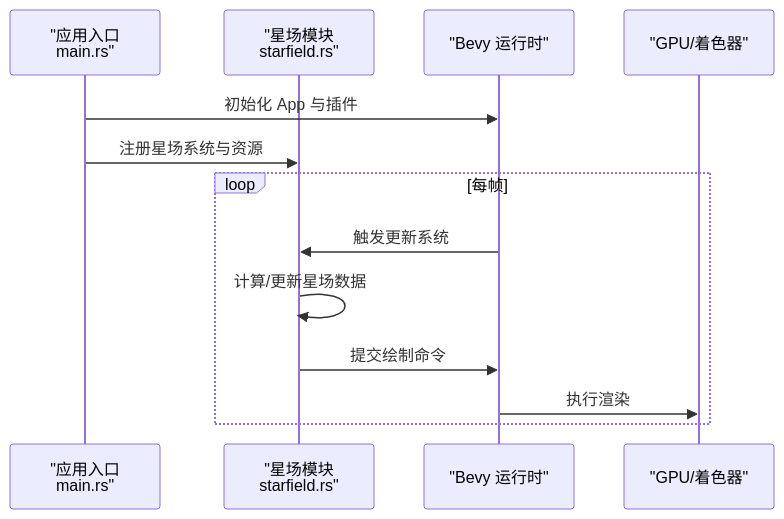
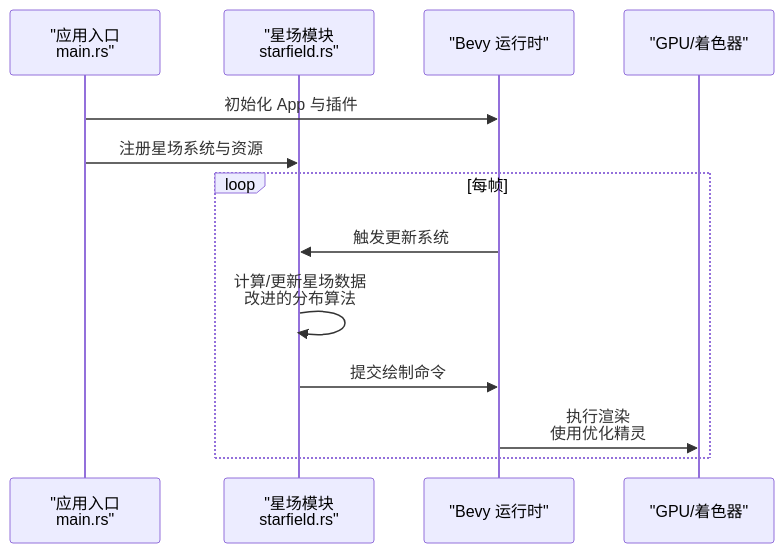
Before and after one commit to rzhangjing/cesium: the second of 5 diagrams in .qoder/repowiki/zh/content/项目概述/核心特性/3D渲染引擎/特效与后处理系统/星场渲染器.md, drawn with Mermaid. The commit also changed other lines of this file and 24 other files, not shown here.

````diff
--- a/.qoder/repowiki/zh/content/项目概述/核心特性/3D渲染引擎/特效与后处理系统/星场渲染器.md
+++ b/.qoder/repowiki/zh/content/项目概述/核心特性/3D渲染引擎/特效与后处理系统/星场渲染器.md
@@ -66,15 +75,15 @@
 ```mermaid
 sequenceDiagram
 participant Main as "应用入口<br/>main.rs"
 participant Star as "星场模块<br/>starfield.rs"
 participant Bevy as "Bevy 运行时"
 participant GPU as "GPU/着色器"
 Main->>Bevy : 初始化 App 与插件
 Main->>Star : 注册星场系统与资源
 loop 每帧
 Bevy->>Star : 触发更新系统
-Star->>Star : 计算/更新星场数据
+Star->>Star : 计算/更新星场数据<br/>改进的分布算法
 Star->>Bevy : 提交绘制命令
-Bevy->>GPU : 执行渲染
+Bevy->>GPU : 执行渲染<br/>使用优化精灵
 end
 ```
````
